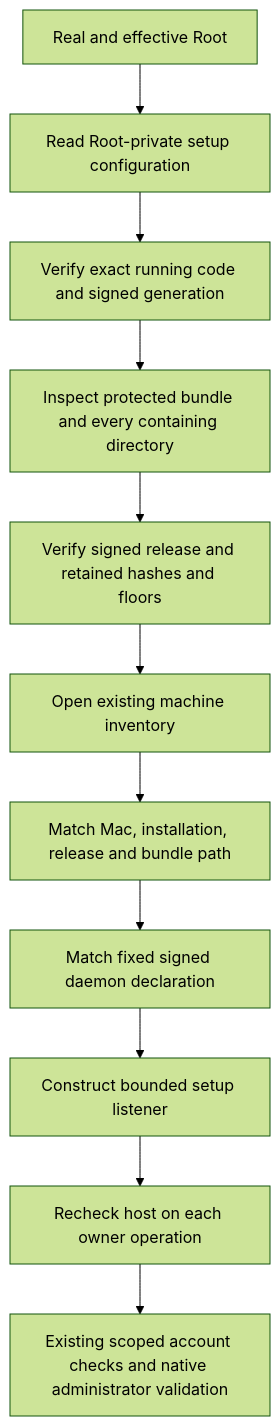
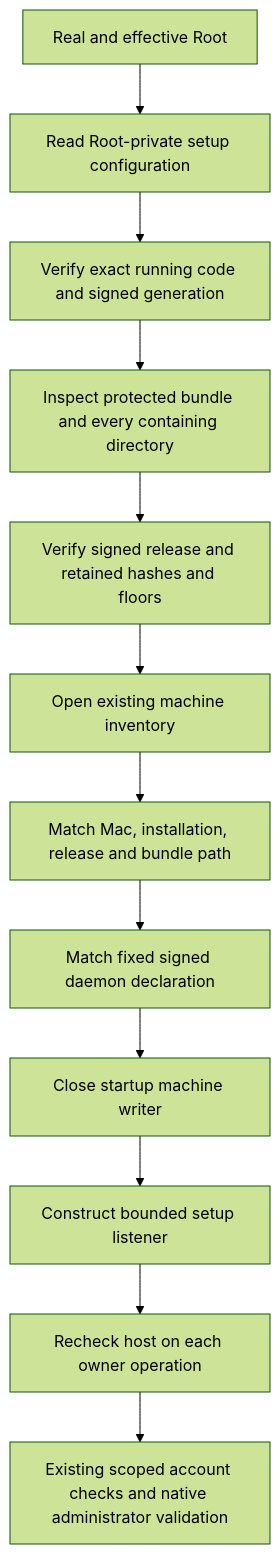
Before and after one commit to fourlastor/remozio: the diagram in docs/macos-administrative-setup-host.md, drawn with Mermaid (forest theme). The commit also changed other lines of this file and 8 other files, not shown here.

````diff
--- a/docs/macos-administrative-setup-host.md
+++ b/docs/macos-administrative-setup-host.md
@@ -8,13 +8,14 @@
 ```mermaid
 flowchart TD
     R[Real and effective Root] --> C[Read Root-private setup configuration]
     C --> S[Verify exact running code and signed generation]
     S --> P[Inspect protected bundle and every containing directory]
     P --> B[Verify signed release and retained hashes and floors]
     B --> M[Open existing machine inventory]
     M --> I[Match Mac, installation, release and bundle path]
     I --> J[Match fixed signed daemon declaration]
-    J --> L[Construct bounded setup listener]
+    J --> X[Close startup machine writer]
+    X --> L[Construct bounded setup listener]
     L --> O[Recheck host on each owner operation]
     O --> A[Existing scoped account checks and native administrator validation]
 ```
````
